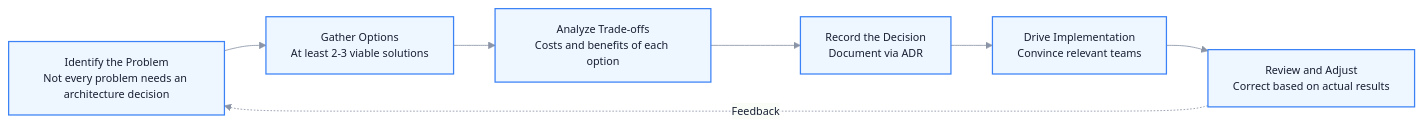
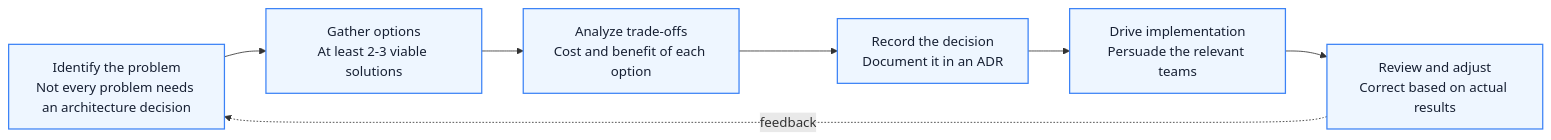
Before and after one commit to Fatejian/frontier-vault: the second of 2 diagrams in docs/en/career/technical-influence.md, drawn with Mermaid. The commit also changed other lines of this file and 41 other files, not shown here.

````diff
--- a/docs/en/career/technical-influence.md
+++ b/docs/en/career/technical-influence.md
@@ -369,18 +333,16 @@
 ```mermaid
-%%{init: {'theme': 'base', 'themeVariables': { 'fontFamily': 'Inter, PingFang SC, Microsoft YaHei, sans-serif', 'primaryColor': '#F7F9FC', 'primaryTextColor': '#172033', 'primaryBorderColor': '#6EA8FE', 'lineColor': '#8A94A6', 'fontSize': '13px'}}}%%
 flowchart LR
-    P1["Identify the Problem<br/>Not every problem needs an architecture decision"]
-    P2["Gather Options<br/>At least 2-3 viable solutions"]
-    P3["Analyze Trade-offs<br/>Costs and benefits of each option"]
-    P4["Record the Decision<br/>Document via ADR"]
-    P5["Drive Implementation<br/>Convince relevant teams"]
-    P6["Review and Adjust<br/>Correct based on actual results"]
+    P1["Identify the problem<br/>Not every problem needs an architecture decision"]
+    P2["Gather options<br/>At least 2-3 viable solutions"]
+    P3["Analyze trade-offs<br/>Cost and benefit of each option"]
+    P4["Record the decision<br/>Document it in an ADR"]
+    P5["Drive implementation<br/>Persuade the relevant teams"]
+    P6["Review and adjust<br/>Correct based on actual results"]
 
     P1 --> P2 --> P3 --> P4 --> P5 --> P6
-    P6 -. Feedback .-> P1
+    P6 -. feedback .-> P1
 
-    classDef step fill:#EEF6FF,stroke:#3B82F6,color:#172033,stroke-width:1.5px;
-    classDef feedback fill:#FFF7E6,stroke:#F59E0B,color:#172033,stroke-dasharray: 4 3;
+    classDef wait fill:#EEF6FF,stroke:#3B82F6,color:#172033,stroke-width:1.5px;
 
-    class P1,P2,P3,P4,P5,P6 step;
+    class P1,P2,P3,P4,P5,P6 wait;
 ```
````
